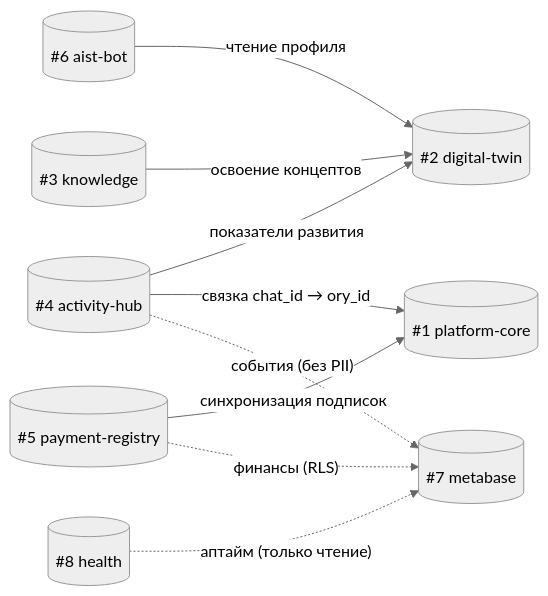
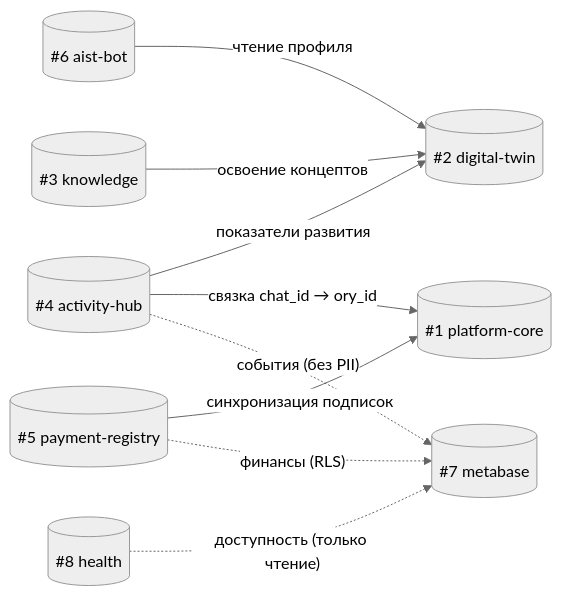
The fourth of 12 diagrams in pack/digital-platform/02-domain-entities/DP.ARCH.004-neon-data-architecture.md (TserenTserenov/PACK-digital-platform), drawn with Mermaid (neutral theme) before and after one commit. The commit also changed other lines of this file, not shown here.

Commit message:
fix(DP.ARCH.004): заменить 'аптайм' → 'доступность' в §4.0, §4.5, §4.2

````diff
--- a/pack/digital-platform/02-domain-entities/DP.ARCH.004-neon-data-architecture.md
+++ b/pack/digital-platform/02-domain-entities/DP.ARCH.004-neon-data-architecture.md
@@ -397,20 +397,20 @@
 ```mermaid
 graph LR
     PC[(#1 platform-core)]
     DT[(#2 digital-twin)]
     KN[(#3 knowledge)]
     AH[(#4 activity-hub)]
     PR[(#5 payment-registry)]
     AB[(#6 aist-bot)]
     MB[(#7 metabase)]
     HL[(#8 health)]
 
     AH -- "показатели развития" --> DT
     AH -- "связка chat_id → ory_id" --> PC
     PR -- "синхронизация подписок" --> PC
     AB -- "чтение профиля" --> DT
     KN -- "освоение концептов" --> DT
     PR -. "финансы (RLS)" .-> MB
     AH -. "события (без PII)" .-> MB
-    HL -. "аптайм (только чтение)" .-> MB
+    HL -. "доступность (только чтение)" .-> MB
 ```
````
